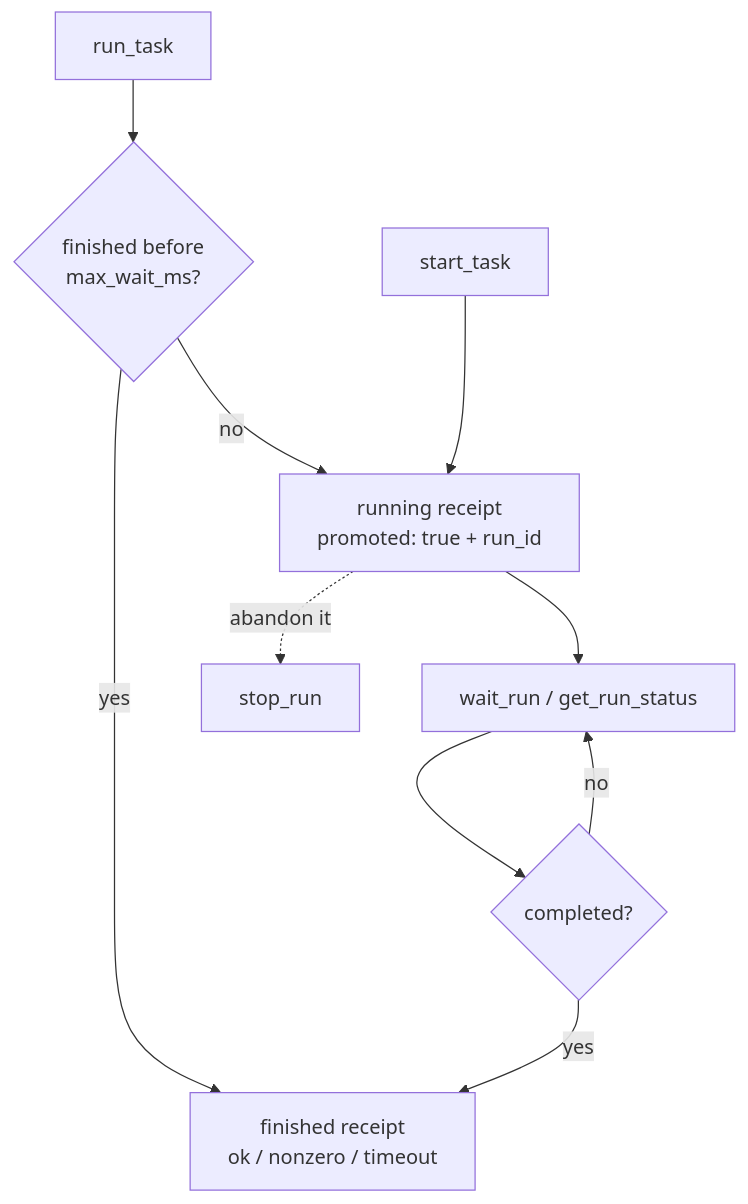
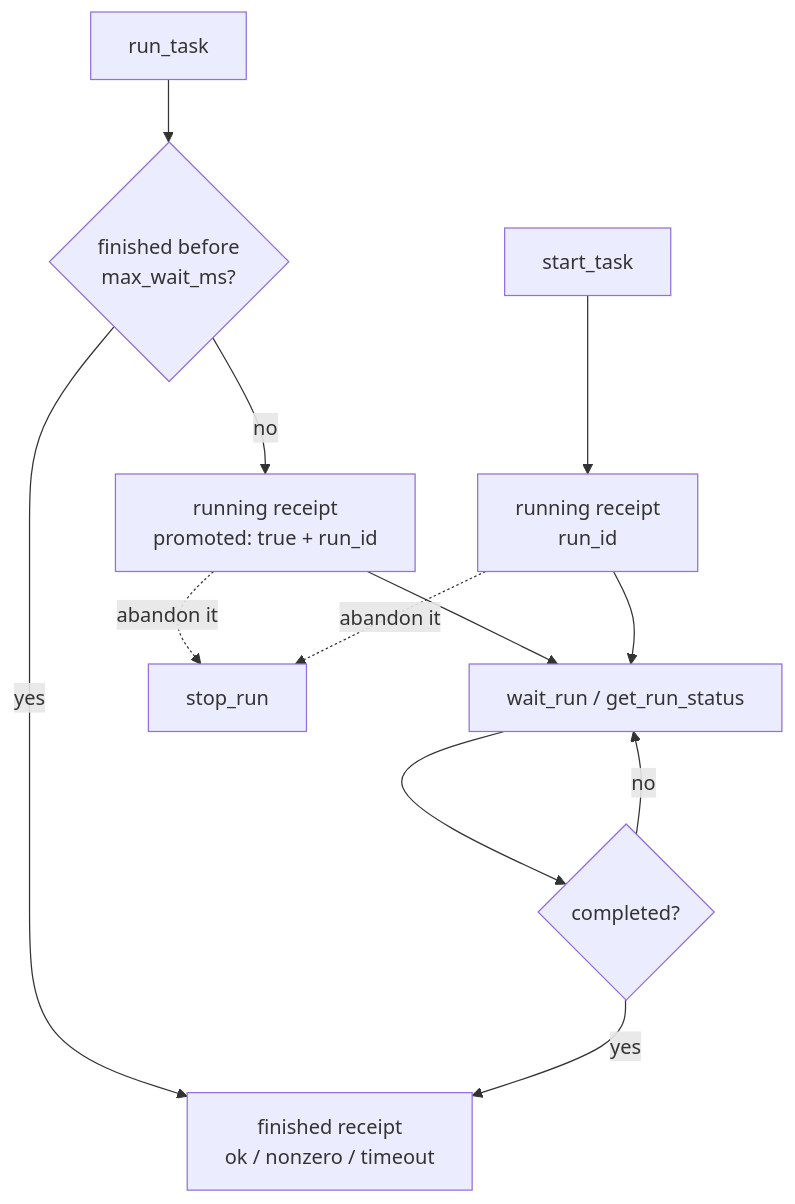
The second of 2 diagrams in docs/agent-guide.md (palchukovsky/just-mcp-work), drawn with Mermaid before and after one commit. The commit also changed other lines of this file and 11 other files, not shown here.

````diff
--- a/docs/agent-guide.md
+++ b/docs/agent-guide.md
@@ -283,12 +313,14 @@
 ```mermaid
 flowchart TD
     A["run_task"] --> B{"finished before<br/>max_wait_ms?"}
     B -->|yes| C["finished receipt<br/>ok / nonzero / timeout"]
     B -->|no| D["running receipt<br/>promoted: true + run_id"]
-    E["start_task"] --> D
+    E["start_task"] --> I["running receipt<br/>run_id"]
     D --> F["wait_run / get_run_status"]
+    I --> F
     F --> G{"completed?"}
     G -->|no| F
     G -->|yes| C
     D -.->|abandon it| H["stop_run"]
+    I -.->|abandon it| H
 ```
````
